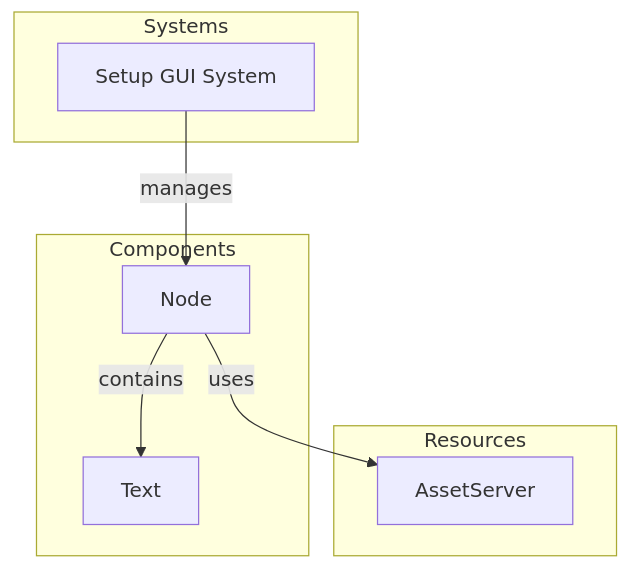
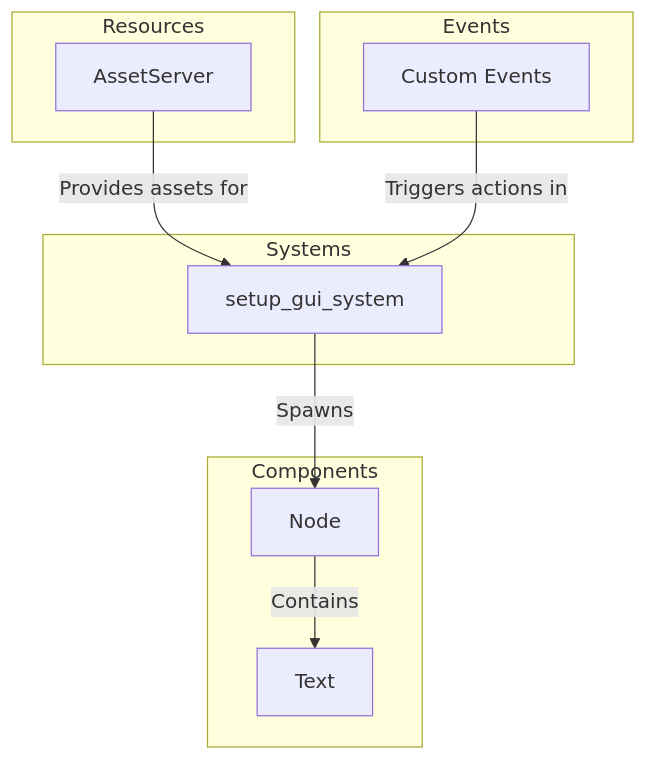
The diagram in docs/client/gui.md (CuddlyBunion341/rsmc), drawn with Mermaid before and after one commit. The commit also changed other lines of this file and 12 other files, not shown here.

````diff
--- a/docs/client/gui.md
+++ b/docs/client/gui.md
@@ -9,17 +9,18 @@
 ```mermaid
 graph TD
     subgraph Components
-        A[Node] -->|contains| B[Text]
+        A[Node] -->|Contains| B[Text]
     end
-    
+
     subgraph Systems
-        C[Setup GUI System]
+        C[setup_gui_system] -->|Spawns| A
     end
 
     subgraph Resources
-        D[AssetServer]
+        D[AssetServer] -->|Provides assets for| C
     end
 
-    A -- uses --> D
-    C -- manages --> A
+    subgraph Events
+        E[Custom Events] -->|Triggers actions in| C
+    end
 ```
````
